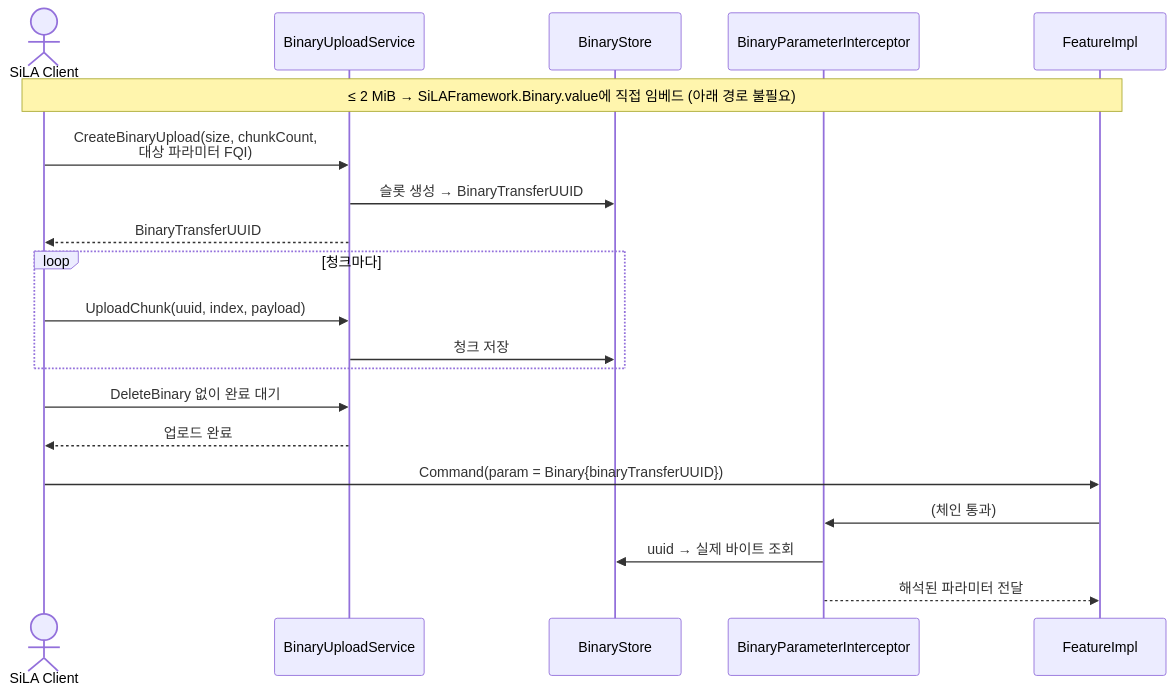
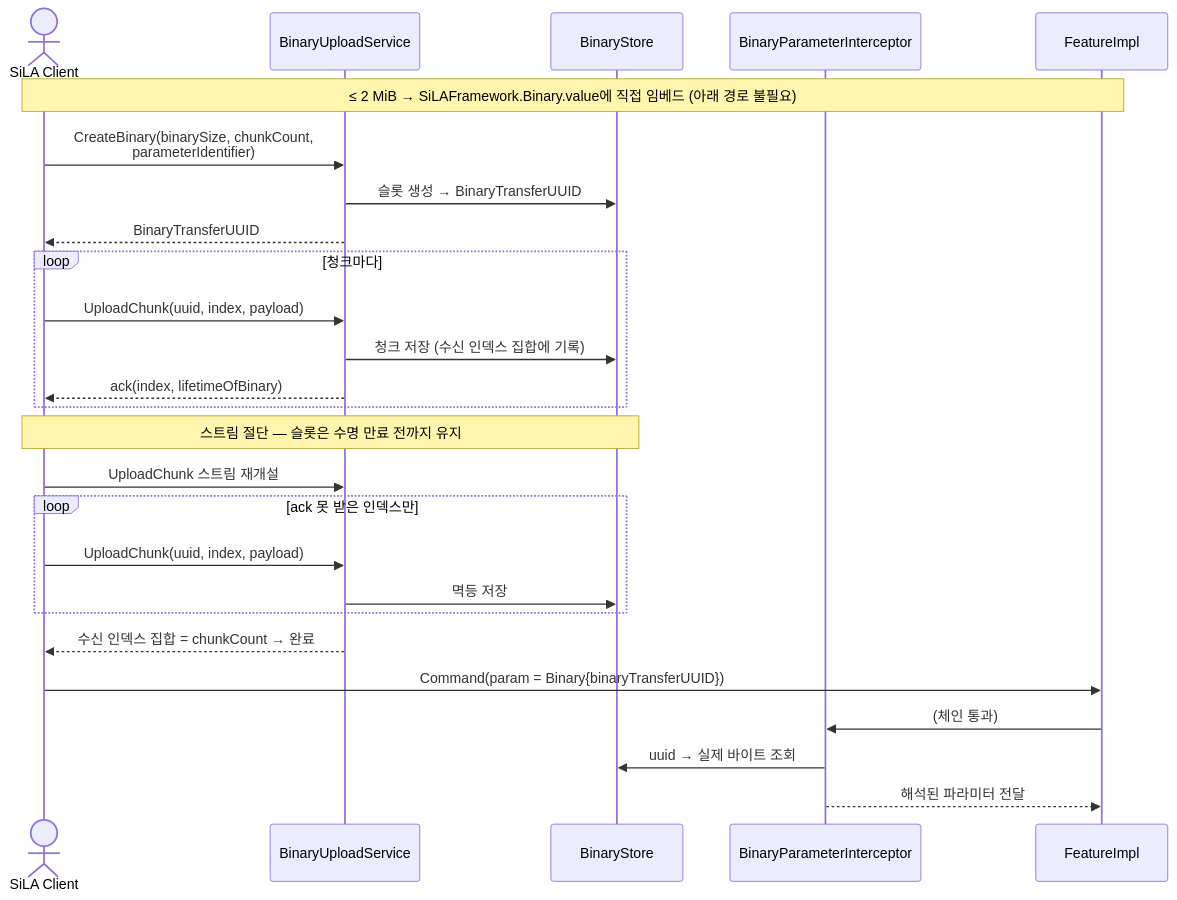
The fifth of 13 diagrams in reference/architecture.md (Yeounui/sila_cpp_r), drawn with Mermaid before and after one commit. The commit also changed other lines of this file and 1 other file, not shown here.

First line of the commit message:
Promote auth, error recovery, and binary resume into implementation scope

````diff
--- a/reference/architecture.md
+++ b/reference/architecture.md
@@ -247,25 +310,33 @@
 ```mermaid
 sequenceDiagram
     actor C as SiLA Client
     participant U as BinaryUploadService
     participant ST as BinaryStore
     participant I as BinaryParameterInterceptor
     participant F as FeatureImpl
 
     Note over C,F: ≤ 2 MiB → SiLAFramework.Binary.value에 직접 임베드 (아래 경로 불필요)
 
-    C->>U: CreateBinaryUpload(size, chunkCount,<br/>대상 파라미터 FQI)
+    C->>U: CreateBinary(binarySize, chunkCount,<br/>parameterIdentifier)
     U->>ST: 슬롯 생성 → BinaryTransferUUID
     U-->>C: BinaryTransferUUID
     loop 청크마다
         C->>U: UploadChunk(uuid, index, payload)
-        U->>ST: 청크 저장
+        U->>ST: 청크 저장 (수신 인덱스 집합에 기록)
+        U-->>C: ack(index, lifetimeOfBinary)
     end
-    C->>U: DeleteBinary 없이 완료 대기
-    U-->>C: 업로드 완료
+
+    Note over C,ST: 스트림 절단 — 슬롯은 수명 만료 전까지 유지
+
+    C->>U: UploadChunk 스트림 재개설
+    loop ack 못 받은 인덱스만
+        C->>U: UploadChunk(uuid, index, payload)
+        U->>ST: 멱등 저장
+    end
+    U-->>C: 수신 인덱스 집합 = chunkCount → 완료
 
     C->>F: Command(param = Binary{binaryTransferUUID})
     F->>I: (체인 통과)
     I->>ST: uuid → 실제 바이트 조회
     I-->>F: 해석된 파라미터 전달
 ```
````
